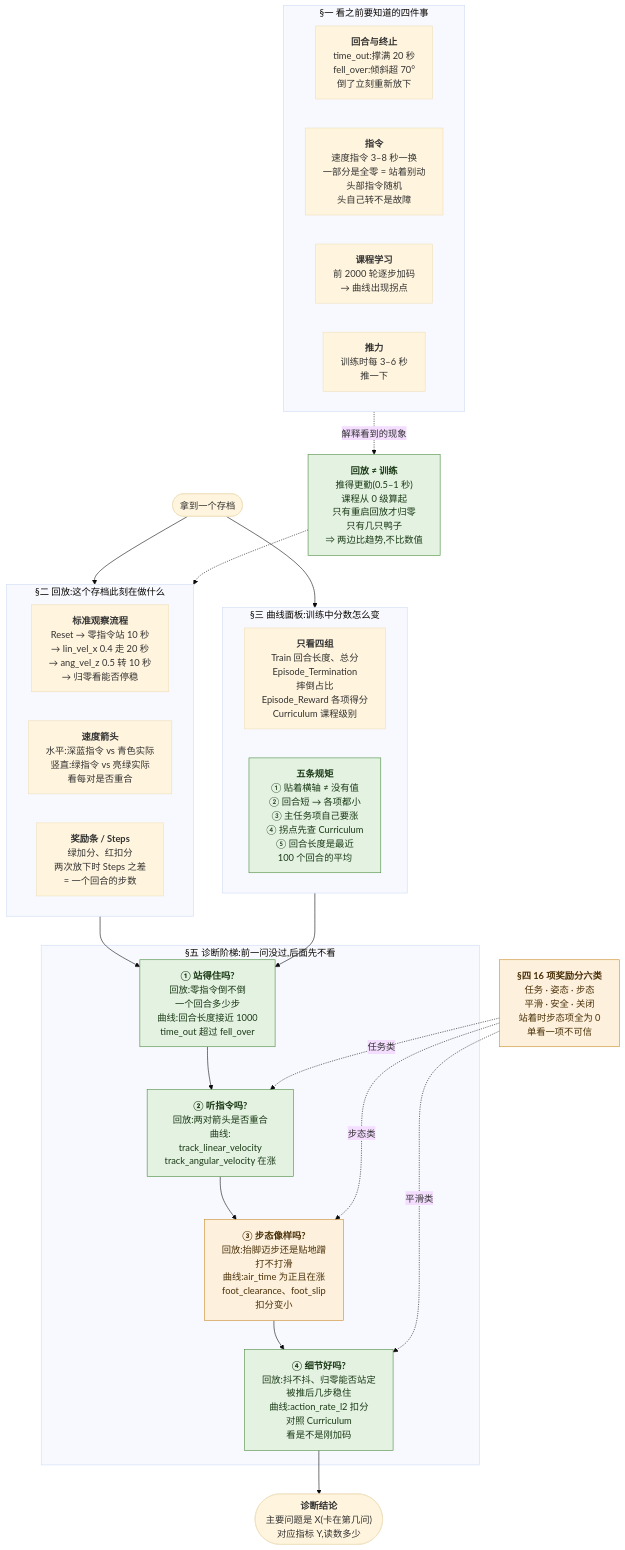
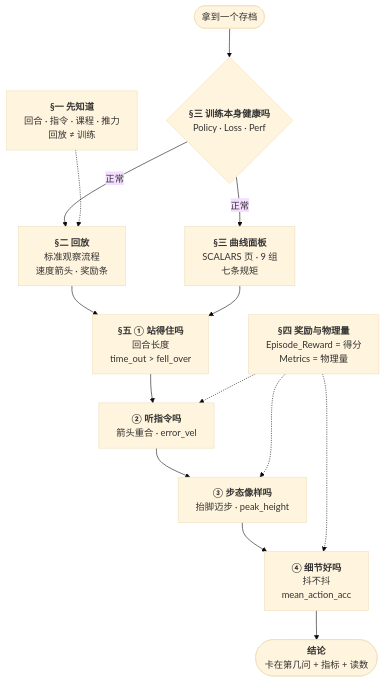
Before and after one commit to tunghsingw/robolab: the diagram in experiments/stage1_map.md, drawn with Mermaid (base theme). The commit also changed other lines of this file and 6 other files, not shown here.

Commit message:
阶段 1 课程补全曲线面板:两个页面、9 组曲线、抽样与刷新、Metrics 物理量、训练健康;素材改用 09-28 run,练习扩为 8 题;阶段 0 第九节补保留全部数据点;结构图精简

````diff
--- a/experiments/stage1_map.md
+++ b/experiments/stage1_map.md
@@ -5,53 +3,25 @@
 ```mermaid
 flowchart TB
   ck(["拿到一个存档"])
+  bg["<b>§一 先知道</b><br/>回合 · 指令 · 课程 · 推力<br/>回放 ≠ 训练"]
+  health{"<b>§三 训练本身健康吗</b><br/>Policy · Loss · Perf"}
+  play["<b>§二 回放</b><br/>标准观察流程<br/>速度箭头 · 奖励条"]
+  curve["<b>§三 曲线面板</b><br/>SCALARS 页 · 9 组<br/>七条规矩"]
+  rew["<b>§四 奖励与物理量</b><br/>Episode_Reward = 得分<br/>Metrics = 物理量"]
+  q1["<b>§五 ① 站得住吗</b><br/>回合长度<br/>time_out > fell_over"]
+  q2["<b>② 听指令吗</b><br/>箭头重合 · error_vel"]
+  q3["<b>③ 步态像样吗</b><br/>抬脚迈步 · peak_height"]
+  q4["<b>④ 细节好吗</b><br/>抖不抖<br/>mean_action_acc"]
+  out(["<b>结论</b><br/>卡在第几问 + 指标 + 读数"])
 
-  subgraph know["§一 看之前要知道的四件事"]
-    direction LR
-    ep["<b>回合与终止</b><br/>time_out:撑满 20 秒<br/>fell_over:倾斜超 70°<br/>倒了立刻重新放下"]
-    cmd["<b>指令</b><br/>速度指令 3–8 秒一换<br/>一部分是全零 = 站着别动<br/>头部指令随机<br/>头自己转不是故障"]
-    cur["<b>课程学习</b><br/>前 2000 轮逐步加码<br/>→ 曲线出现拐点"]
-    push["<b>推力</b><br/>训练时每 3–6 秒<br/>推一下"]
-  end
-
-  diff["<b>回放 ≠ 训练</b><br/>推得更勤(0.5–1 秒)<br/>课程从 0 级算起<br/>只有重启回放才归零<br/>只有几只鸭子<br/>⇒ 两边比趋势,不比数值"]
-
-  subgraph viewer["§二 回放:这个存档此刻在做什么"]
-    flow["<b>标准观察流程</b><br/>Reset → 零指令站 10 秒<br/>→ lin_vel_x 0.4 走 20 秒<br/>→ ang_vel_z 0.5 转 10 秒<br/>→ 归零看能否停稳"]
-    arrows["<b>速度箭头</b><br/>水平:深蓝指令 vs 青色实际<br/>竖直:绿指令 vs 亮绿实际<br/>看每对是否重合"]
-    bars["<b>奖励条 / Steps</b><br/>绿加分、红扣分<br/>两次放下时 Steps 之差<br/>= 一个回合的步数"]
-  end
-
-  subgraph board["§三 曲线面板:训练中分数怎么变"]
-    groups["<b>只看四组</b><br/>Train 回合长度、总分<br/>Episode_Termination<br/>摔倒占比<br/>Episode_Reward 各项得分<br/>Curriculum 课程级别"]
-    rules["<b>五条规矩</b><br/>① 贴着横轴 ≠ 没有值<br/>② 回合短 → 各项都小<br/>③ 主任务项自己要涨<br/>④ 拐点先查 Curriculum<br/>⑤ 回合长度是最近<br/>100 个回合的平均"]
-  end
-
-  rew["<b>§四 16 项奖励分六类</b><br/>任务 · 姿态 · 步态<br/>平滑 · 安全 · 关闭<br/>站着时步态项全为 0<br/>单看一项不可信"]
-
-  subgraph ladder["§五 诊断阶梯:前一问没过,后面先不看"]
-    q1["<b>① 站得住吗?</b><br/>回放:零指令倒不倒<br/>一个回合多少步<br/>曲线:回合长度接近 1000<br/>time_out 超过 fell_over"]
-    q2["<b>② 听指令吗?</b><br/>回放:两对箭头是否重合<br/>曲线:<br/>track_linear_velocity<br/>track_angular_velocity 在涨"]
-    q3["<b>③ 步态像样吗?</b><br/>回放:抬脚迈步还是贴地蹭<br/>打不打滑<br/>曲线:air_time 为正且在涨<br/>foot_clearance、foot_slip<br/>扣分变小"]
-    q4["<b>④ 细节好吗?</b><br/>回放:抖不抖、归零能否站定<br/>被推后几步稳住<br/>曲线:action_rate_l2 扣分<br/>对照 Curriculum<br/>看是不是刚加码"]
-    q1 --> q2 --> q3 --> q4
-  end
-
-  out(["<b>诊断结论</b><br/>主要问题是 X(卡在第几问)<br/>对应指标 Y,读数多少"])
-
-  ck --> viewer
-  ck --> board
-  cur -. 解释看到的现象 .-> diff
-  diff -.-> viewer
-  viewer --> q1
-  board --> q1
-  rew -. 任务类 .-> q2
-  rew -. 步态类 .-> q3
-  rew -. 平滑类 .-> q4
-  q4 --> out
-
-  classDef core fill:#e3f2e1,stroke:#4a8a3f,color:#1b3a16
-  classDef duck fill:#fdf0dc,stroke:#c98a2b,color:#4a3108
-  class q1,q2,q4,diff,rules core
-  class rew,q3 duck
+  ck --> health
+  health -- 正常 --> play
+  health -- 正常 --> curve
+  bg -.-> play
+  play --> q1
+  curve --> q1
+  q1 --> q2 --> q3 --> q4 --> out
+  rew -.-> q2
+  rew -.-> q3
+  rew -.-> q4
 ```
````
